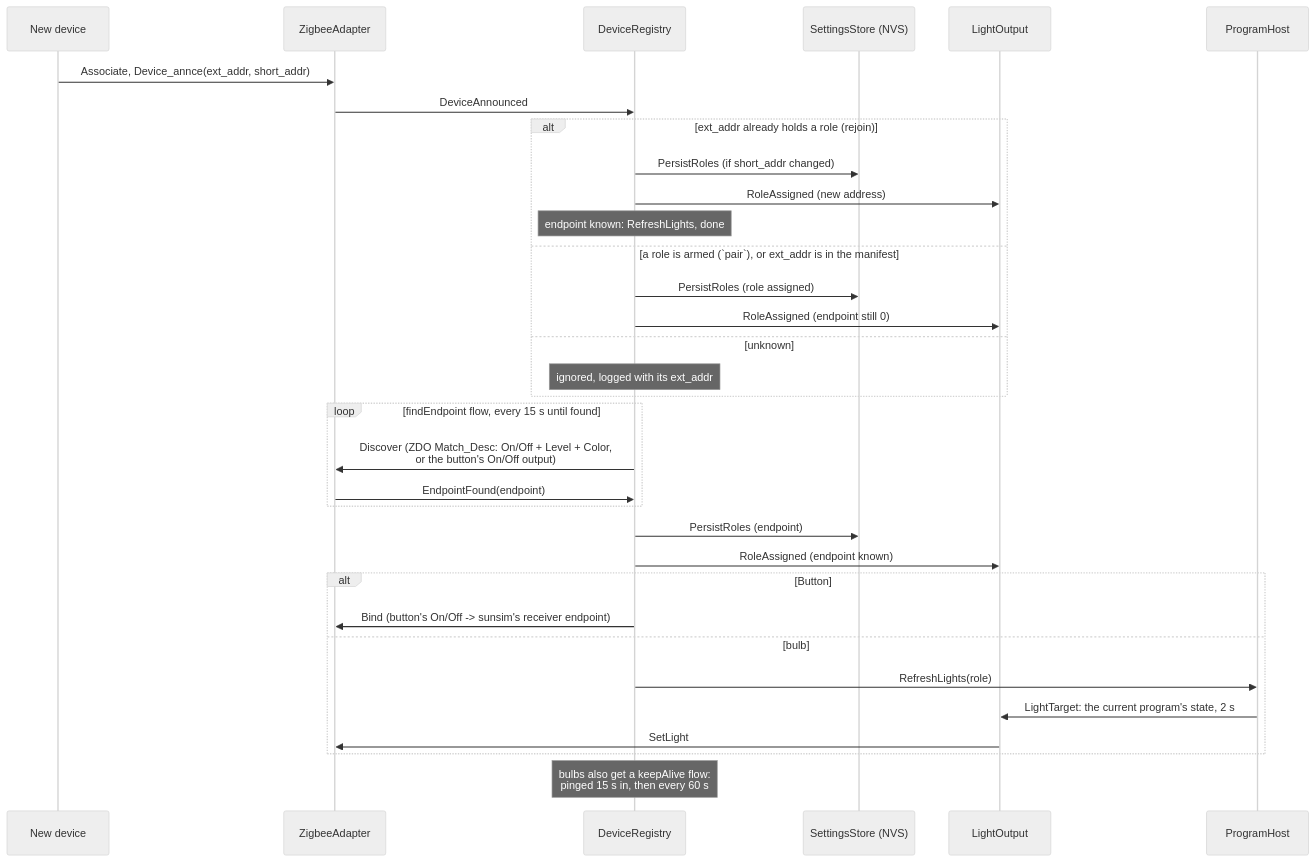
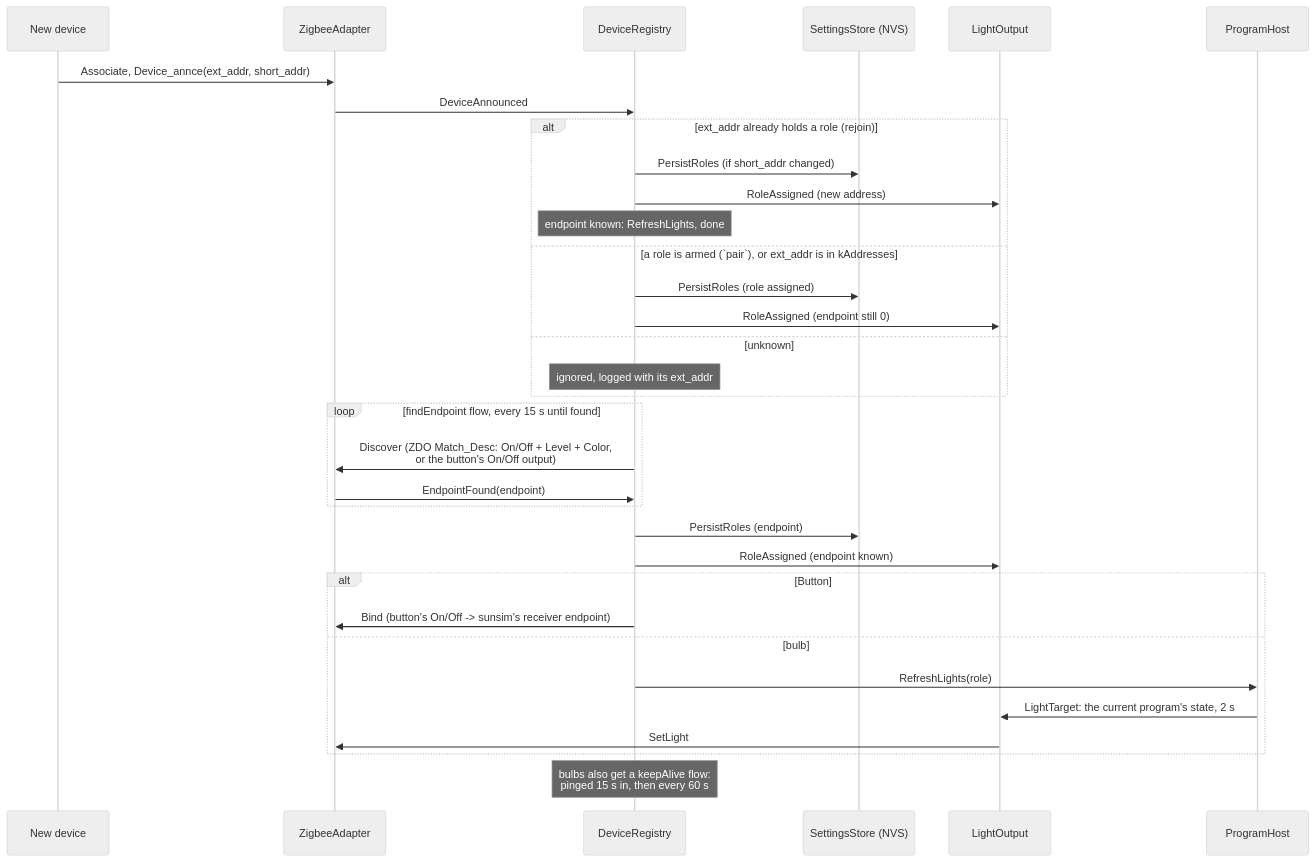
One commit to bjerre/sunsim changed the third of 5 diagrams in DESIGN.md. Above: the diagram before and after it, drawn with Mermaid (neutral theme). The commit also changed other lines of this file and 12 other files, not shown here.

First line of the commit message:
Device addresses in installation.cppm, not role_manifest.json

````diff
--- a/DESIGN.md
+++ b/DESIGN.md
@@ -94,39 +94,39 @@
 ```mermaid
 sequenceDiagram
     participant Dev as New device
     participant ZA as ZigbeeAdapter
     participant DR as DeviceRegistry
     participant SS as SettingsStore (NVS)
     participant LO as LightOutput
     participant PH as ProgramHost
 
     Dev->>ZA: Associate, Device_annce(ext_addr, short_addr)
     ZA->>DR: DeviceAnnounced
 
     alt ext_addr already holds a role (rejoin)
         DR->>SS: PersistRoles (if short_addr changed)
         DR->>LO: RoleAssigned (new address)
         Note over DR: endpoint known: RefreshLights, done
-    else a role is armed (`pair`), or ext_addr is in the manifest
+    else a role is armed (`pair`), or ext_addr is in kAddresses
         DR->>SS: PersistRoles (role assigned)
         DR->>LO: RoleAssigned (endpoint still 0)
     else unknown
         Note over DR: ignored, logged with its ext_addr
     end
 
     loop findEndpoint flow, every 15 s until found
         DR->>ZA: Discover (ZDO Match_Desc: On/Off + Level + Color,<br/>or the button's On/Off output)
         ZA->>DR: EndpointFound(endpoint)
     end
     DR->>SS: PersistRoles (endpoint)
     DR->>LO: RoleAssigned (endpoint known)
 
     alt Button
         DR->>ZA: Bind (button's On/Off -> sunsim's receiver endpoint)
     else bulb
         DR->>PH: RefreshLights(role)
         PH->>LO: LightTarget: the current program's state, 2 s
         LO->>ZA: SetLight
     end
     Note over DR: bulbs also get a keepAlive flow:<br/>pinged 15 s in, then every 60 s
 ```
````
